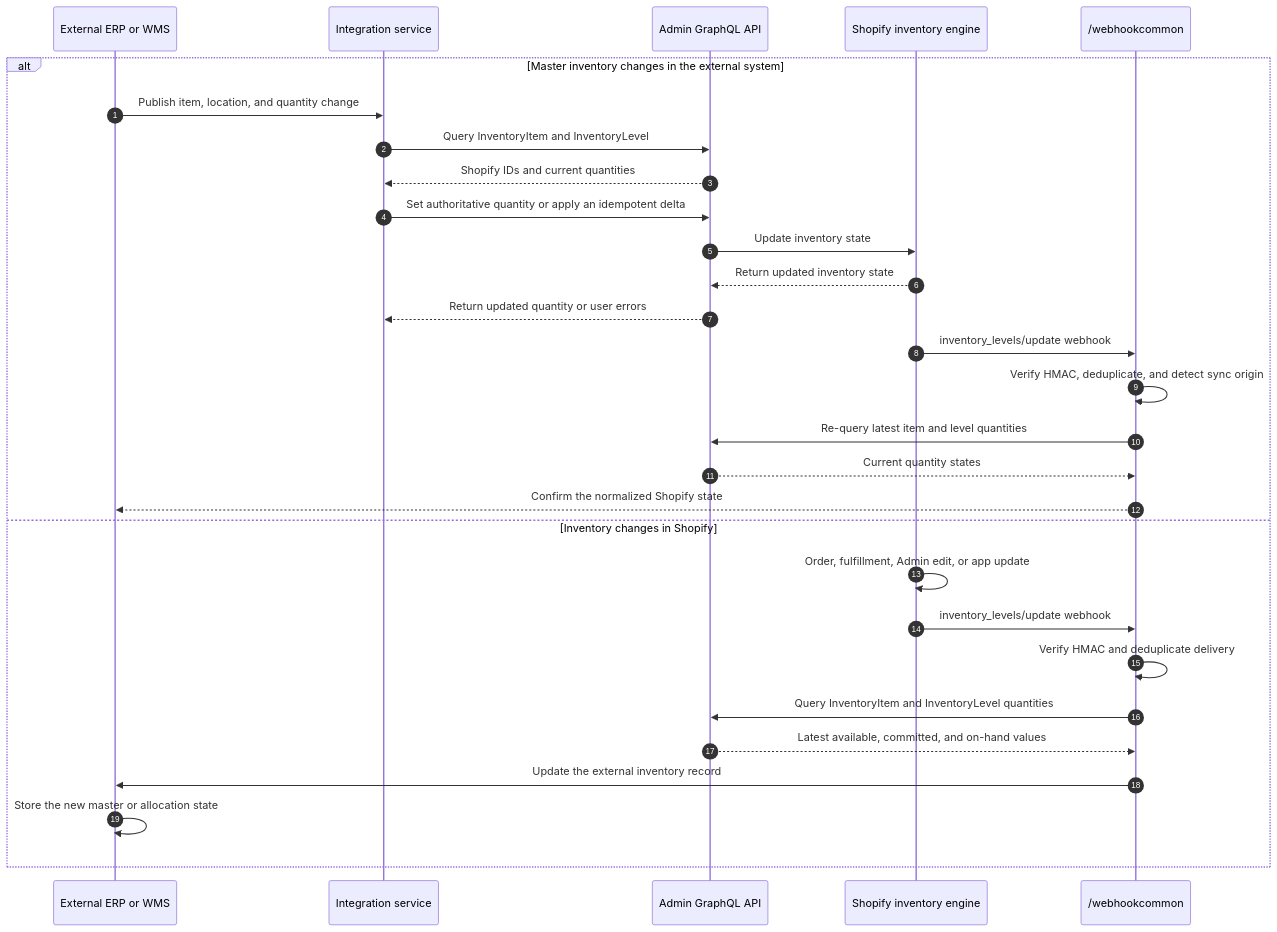
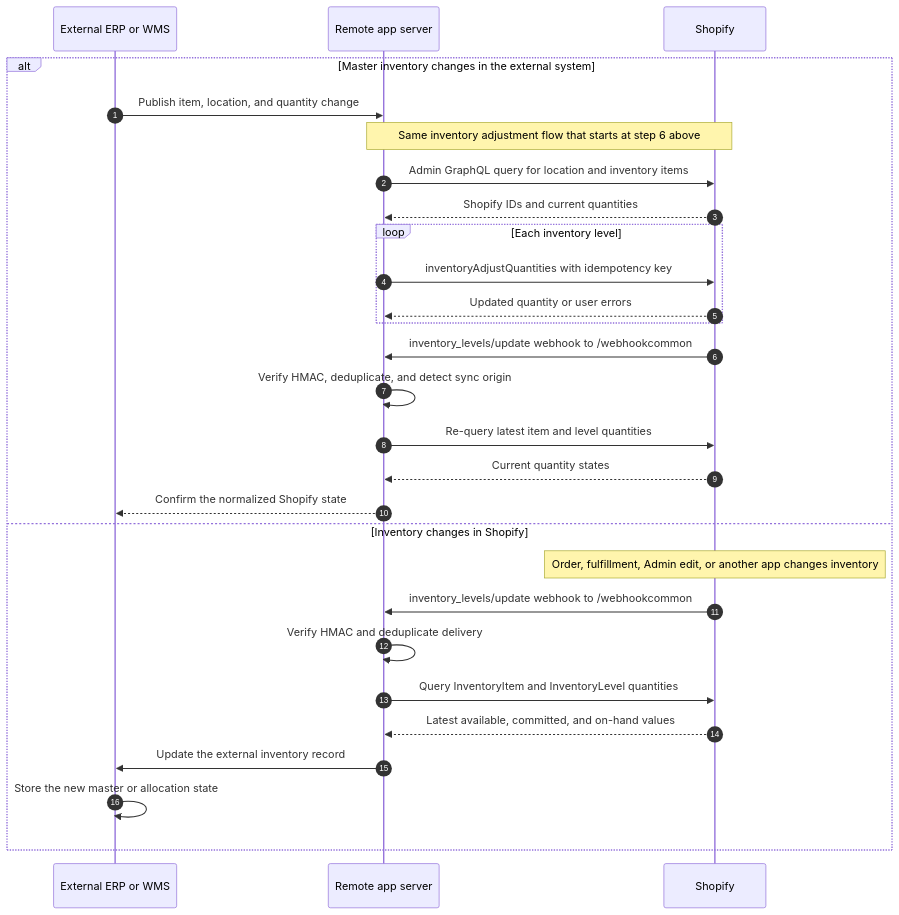
One commit to benzookapi/shopify-barebone-app-sample changed the third of 3 diagrams in docs/13-ordermanage.md. Above: the diagram before and after it, drawn with Mermaid. The commit also changed other lines of this file, not shown here.

Commit message:
Clarify ERP inventory synchronization flow

````diff
--- a/docs/13-ordermanage.md
+++ b/docs/13-ordermanage.md
@@ -77,32 +77,31 @@
 ```mermaid
 sequenceDiagram
     autonumber
     participant ERP as External ERP or WMS
-    participant App as Integration service
-    participant API as Admin GraphQL API
-    participant Shopify as Shopify inventory engine
-    participant Hook as /webhookcommon
+    participant App as Remote app server
+    participant Shopify as Shopify
 
     alt Master inventory changes in the external system
         ERP->>App: Publish item, location, and quantity change
-        App->>API: Query InventoryItem and InventoryLevel
-        API-->>App: Shopify IDs and current quantities
-        App->>API: Set authoritative quantity or apply an idempotent delta
-        API->>Shopify: Update inventory state
-        Shopify-->>API: Return updated inventory state
-        API-->>App: Return updated quantity or user errors
-        Shopify->>Hook: inventory_levels/update webhook
-        Hook->>Hook: Verify HMAC, deduplicate, and detect sync origin
-        Hook->>API: Re-query latest item and level quantities
-        API-->>Hook: Current quantity states
-        Hook-->>ERP: Confirm the normalized Shopify state
+        Note over App,Shopify: Same inventory adjustment flow that starts at step 6 above
+        App->>Shopify: Admin GraphQL query for location and inventory items
+        Shopify-->>App: Shopify IDs and current quantities
+        loop Each inventory level
+            App->>Shopify: inventoryAdjustQuantities with idempotency key
+            Shopify-->>App: Updated quantity or user errors
+        end
+        Shopify->>App: inventory_levels/update webhook to /webhookcommon
+        App->>App: Verify HMAC, deduplicate, and detect sync origin
+        App->>Shopify: Re-query latest item and level quantities
+        Shopify-->>App: Current quantity states
+        App-->>ERP: Confirm the normalized Shopify state
     else Inventory changes in Shopify
-        Shopify->>Shopify: Order, fulfillment, Admin edit, or app update
-        Shopify->>Hook: inventory_levels/update webhook
-        Hook->>Hook: Verify HMAC and deduplicate delivery
-        Hook->>API: Query InventoryItem and InventoryLevel quantities
-        API-->>Hook: Latest available, committed, and on-hand values
-        Hook->>ERP: Update the external inventory record
+        Note over Shopify: Order, fulfillment, Admin edit, or another app changes inventory
+        Shopify->>App: inventory_levels/update webhook to /webhookcommon
+        App->>App: Verify HMAC and deduplicate delivery
+        App->>Shopify: Query InventoryItem and InventoryLevel quantities
+        Shopify-->>App: Latest available, committed, and on-hand values
+        App->>ERP: Update the external inventory record
         ERP->>ERP: Store the new master or allocation state
     end
 ```
````
